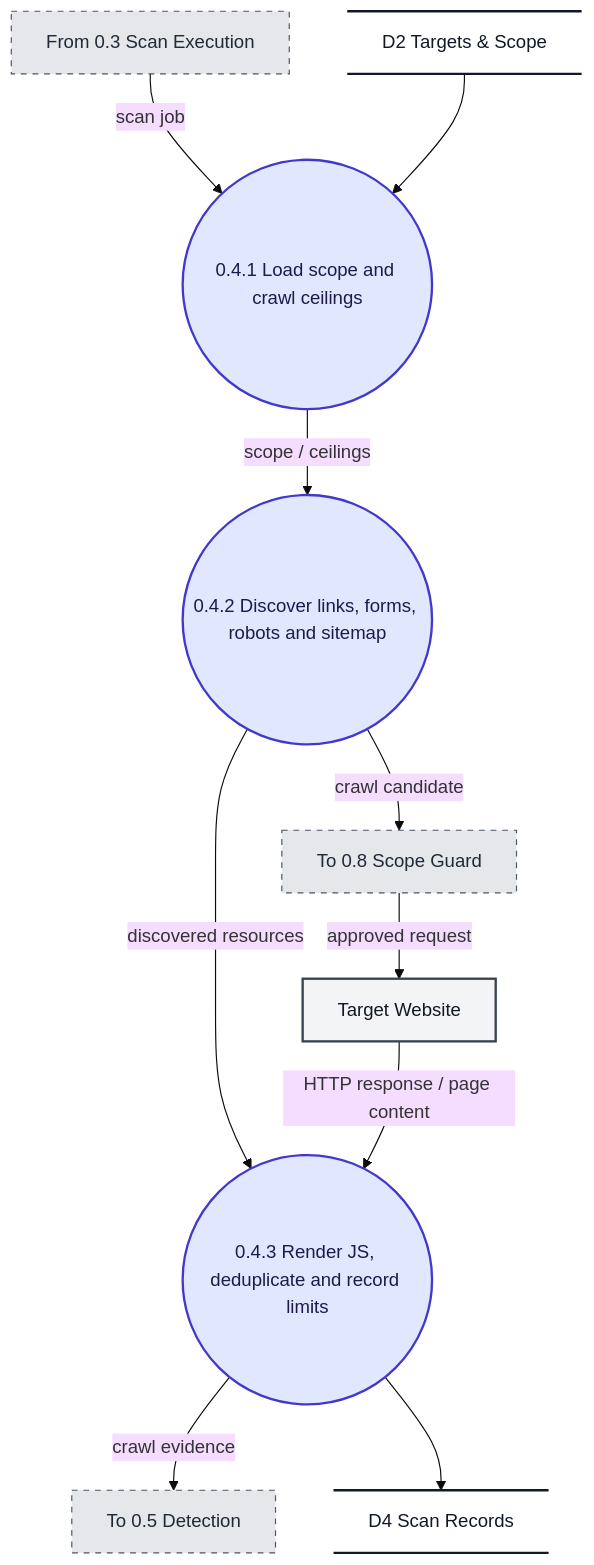
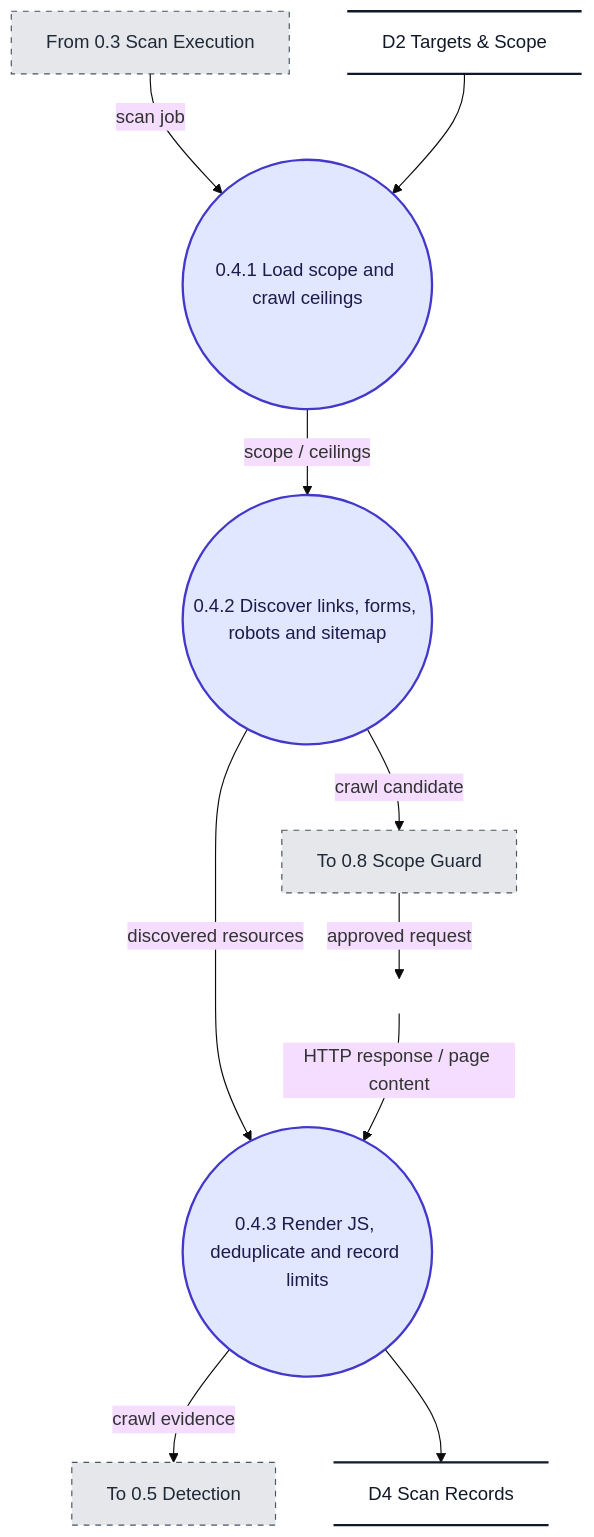
Before and after one commit to ksacheth/software-engineering: the sixth of 11 diagrams in docs/dfd/Website_Vulnerability_Scanner_DFD.md, drawn with Mermaid (base theme). The commit also changed other lines of this file and 19 other files, not shown here.

First line of the commit message:
docs(dfd): align level-2 DFDs and report format with textbook and peer reference

````diff
--- a/docs/dfd/Website_Vulnerability_Scanner_DFD.md
+++ b/docs/dfd/Website_Vulnerability_Scanner_DFD.md
@@ -258,37 +253,35 @@
 ```mermaid
 flowchart TD
-    %% Level 2 DFD - F.4 Discovery (Crawling)
 
     I_From["From 0.3 Scan Execution"]
     I_To["To 0.5 Detection"]
     I_ScopeGuard["To 0.8 Scope Guard"]
 
     P41(("0.4.1 Load scope and crawl ceilings"))
     P42(("0.4.2 Discover links, forms, robots and sitemap"))
     P43(("0.4.3 Render JS, deduplicate and record limits"))
 
     D2@{ shape: datastore, label: "D2 Targets & Scope" }
     D4@{ shape: datastore, label: "D4 Scan Records" }
-    Target["Target Website"]
+    B_Target[" "]
 
     I_From -->|"scan job"| P41
     P41 -->|"scope / ceilings"| P42
     P42 -->|"discovered resources"| P43
     P43 -->|"crawl evidence"| I_To
 
     D2 --> P41
     P42 -->|"crawl candidate"| I_ScopeGuard
-    I_ScopeGuard -->|"approved request"| Target
-    Target -->|"HTTP response / page content"| P43
+    I_ScopeGuard -->|"approved request"| B_Target
+    B_Target -->|"HTTP response / page content"| P43
     P43 --> D4
 
-    %% Styling
     classDef process fill:#e0e7ff,stroke:#4338ca,stroke-width:2px,color:#1e1b4b;
-    classDef entity fill:#f3f4f6,stroke:#374151,stroke-width:2px,color:#111827;
     classDef store fill:transparent,stroke:#111827,stroke-width:2px,color:#111827;
     classDef iface fill:#e5e7eb,stroke:#4b5563,stroke-width:1px,stroke-dasharray: 5 5,color:#1f2937;
+    classDef boundary fill:transparent,stroke:transparent,color:transparent;
     class P41,P42,P43 process;
-    class Target entity;
     class D2,D4 store;
     class I_From,I_To,I_ScopeGuard iface;
+    class B_Target boundary;
 ```
````
